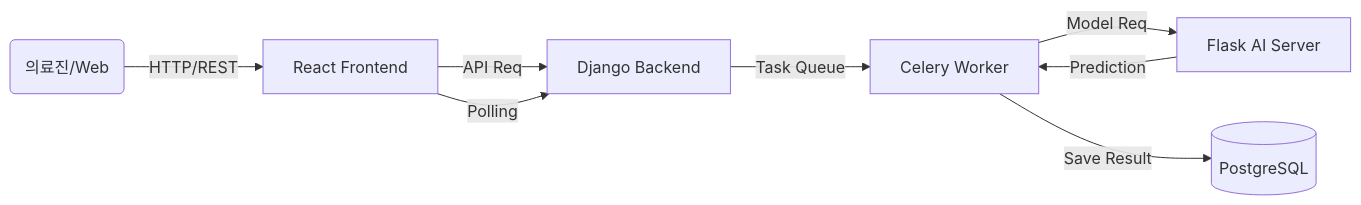
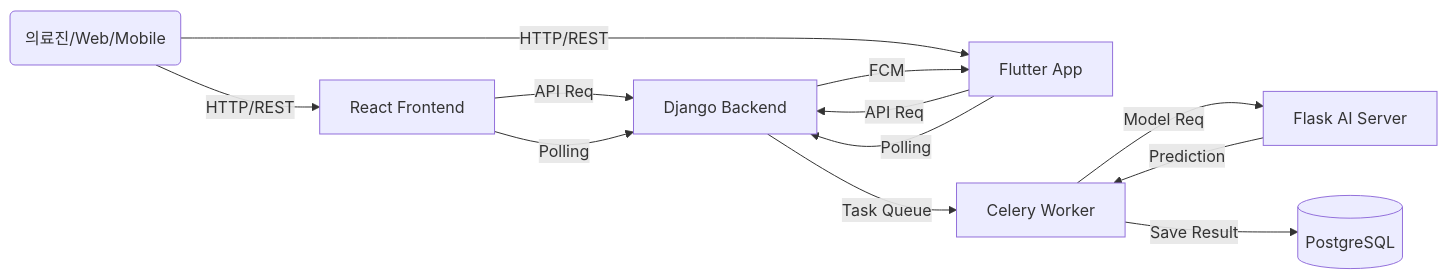
One commit to kimhanbyul1208/NeuroNova changed the diagram in docs/Presentation_Overview.md. Above: the diagram before and after it, drawn with Mermaid. The commit also changed other lines of this file and 2 other files, not shown here.

````diff
--- a/docs/Presentation_Overview.md
+++ b/docs/Presentation_Overview.md
@@ -16,10 +16,14 @@
 ```mermaid
 graph LR
-    User(의료진/Web) -- HTTP/REST --> React[React Frontend]
+    User(의료진/Web/Mobile) -- HTTP/REST --> React[React Frontend]
+    User -- HTTP/REST --> Flutter[Flutter App]
     React -- API Req --> Django[Django Backend]
+    Flutter -- API Req --> Django
     Django -- Task Queue --> Celery[Celery Worker]
     Celery -- Model Req --> Flask[Flask AI Server]
     Flask -- Prediction --> Celery
     Celery -- Save Result --> DB[(PostgreSQL)]
     React -- Polling --> Django
+    Flutter -- Polling --> Django
+    Django -- FCM --> Flutter
 ```
````
